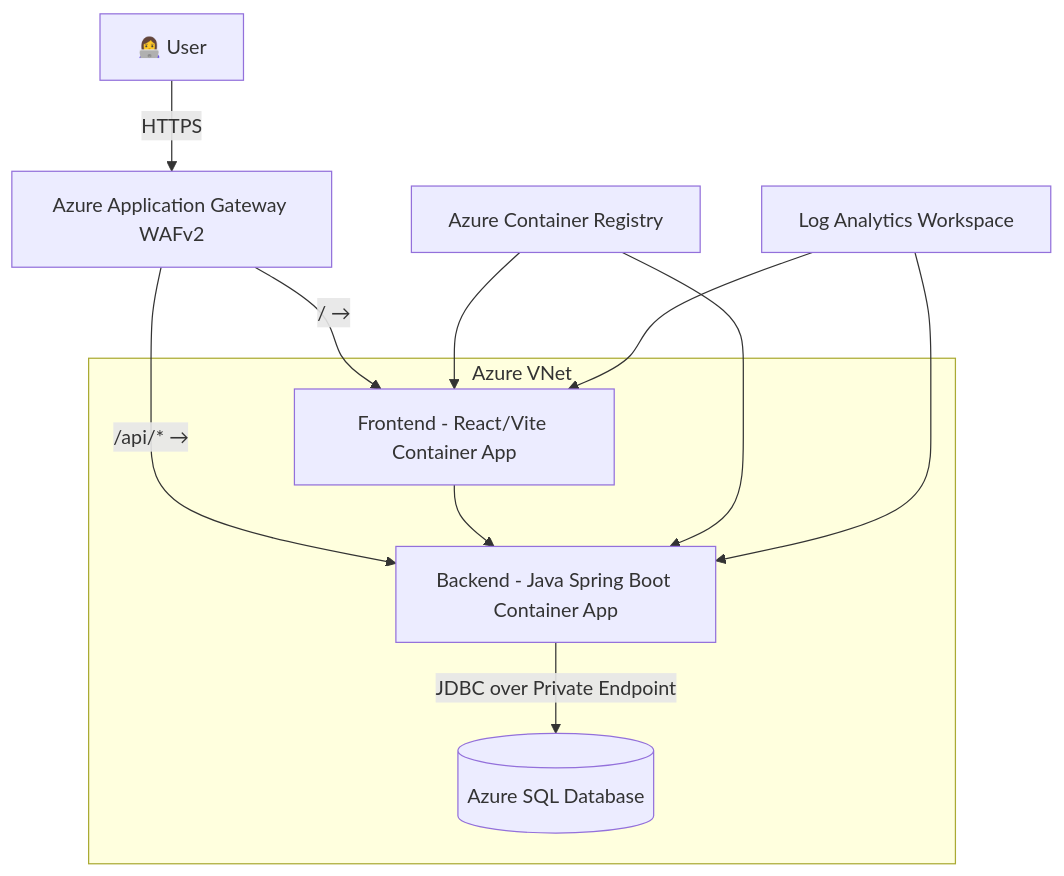
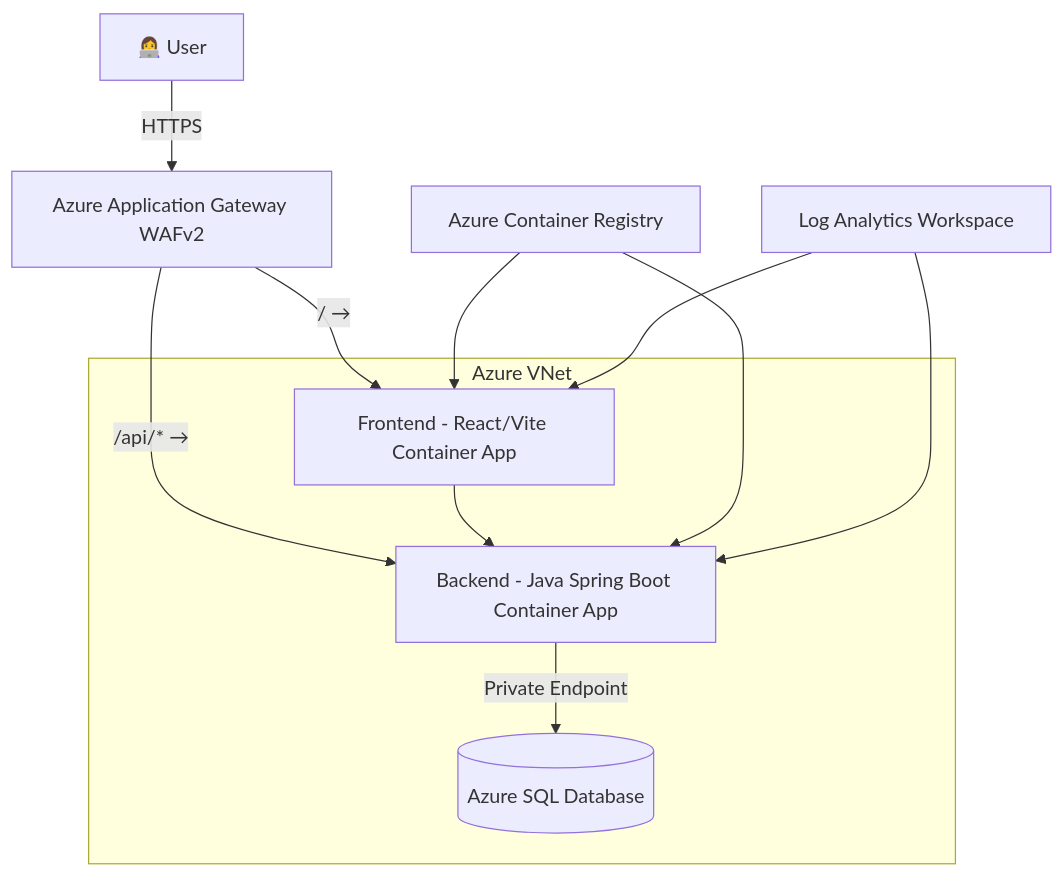
Before and after one commit to n2jlaa/Project-2-: the diagram in README.md, drawn with Mermaid.

````diff
--- a/README.md
+++ b/README.md
@@ -32,17 +32,17 @@
 ```mermaid
 graph TD
   User[👩‍💻 User] -->|HTTPS| AppGW[Azure Application Gateway WAFv2]
   AppGW -->|/ →| FE[Frontend - React/Vite Container App]
   AppGW -->|/api/* →| BE[Backend - Java Spring Boot Container App]
   FE --> BE
-  BE -->|JDBC over Private Endpoint| SQL[(Azure SQL Database)]
+  BE -->|Private Endpoint| SQL[(Azure SQL Database)]
   subgraph Azure VNet
     FE
     BE
     SQL
   end
   ACR[Azure Container Registry] --> FE
   ACR --> BE
   LA[Log Analytics Workspace] --> FE
   LA --> BE
 ```
````
